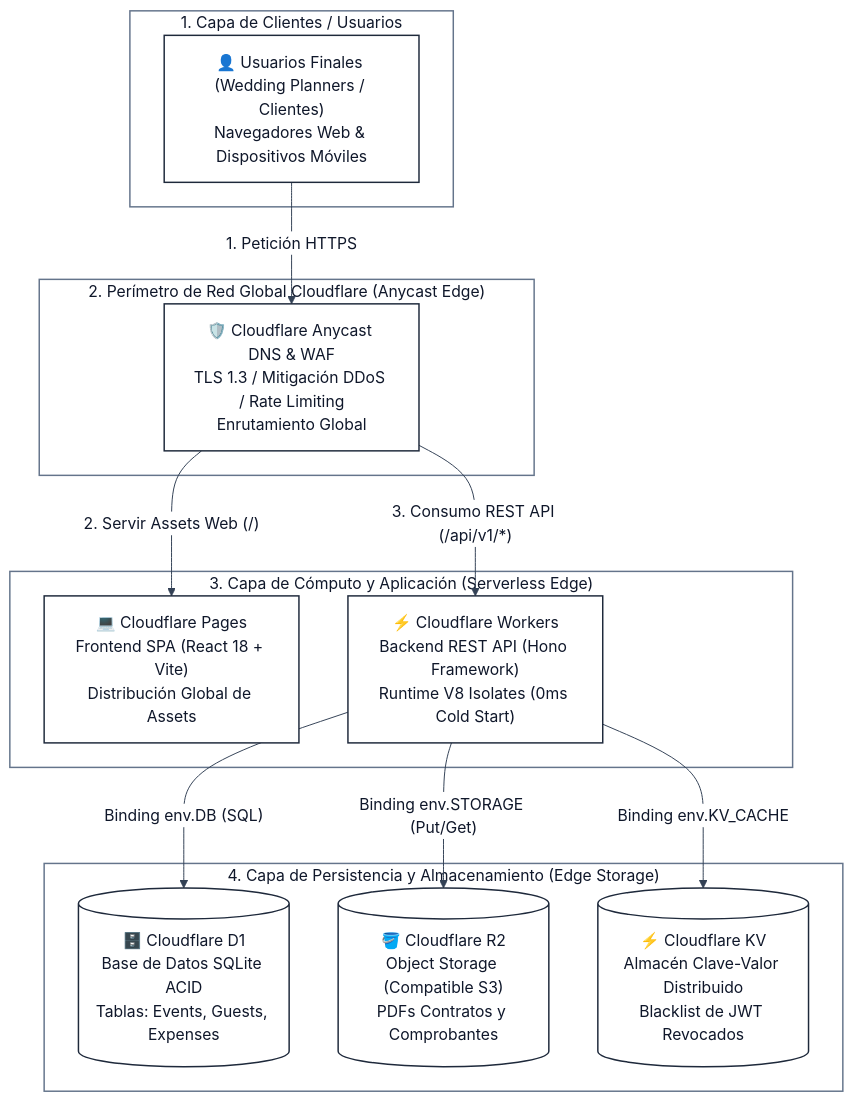
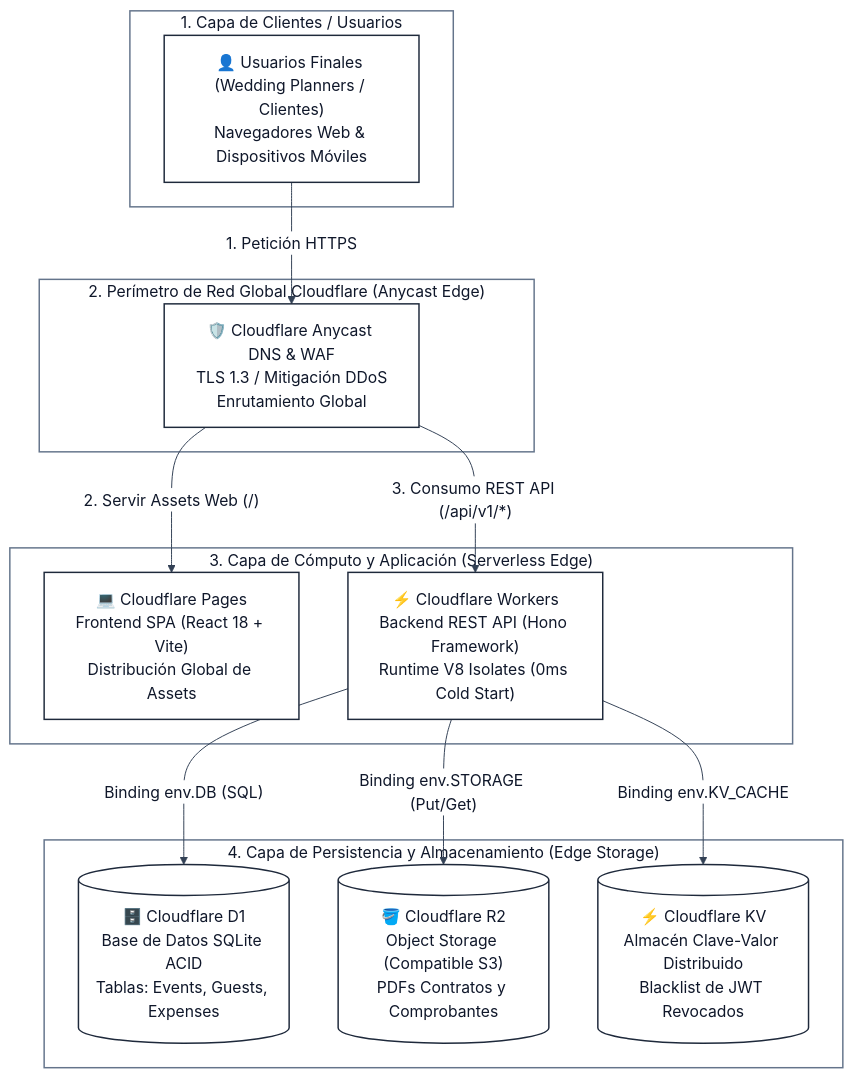
One commit to Federico2003/GestionEventos changed the first of 2 diagrams in docs/infrastructure.md. Above: the diagram before and after it, drawn with Mermaid. The commit also changed other lines of this file and 11 other files, not shown here.

````diff
--- a/docs/infrastructure.md
+++ b/docs/infrastructure.md
@@ -11,70 +11,70 @@
 ```mermaid
 %%{init: {
   'theme': 'base',
   'themeVariables': {
     'primaryColor': '#ffffff',
     'primaryBorderColor': '#1e293b',
     'primaryTextColor': '#0f172a',
     'lineColor': '#334155',
     'secondaryColor': '#ffffff',
     'tertiaryColor': '#ffffff',
     'mainBkg': '#ffffff',
     'nodeBorder': '#1e293b',
     'nodeTextColor': '#0f172a',
     'clusterBkg': '#ffffff',
     'clusterBorder': '#64748b',
     'clusterTextColor': '#0f172a',
     'titleColor': '#0f172a',
     'edgeLabelBackground': '#ffffff'
   }
 }}%%
 flowchart TD
     %% ========================================================
     %% CAPA 1: CLIENTES Y USUARIOS
     %% ========================================================
     subgraph Tier1["1. Capa de Clientes / Usuarios"]
         Users["👤 Usuarios Finales (Wedding Planners / Clientes)\nNavegadores Web & Dispositivos Móviles"]
     end
 
     %% ========================================================
     %% CAPA 2: PERÍMETRO Y SEGURIDAD CLOUDFLARE
     %% ========================================================
     subgraph Tier2["2. Perímetro de Red Global Cloudflare (Anycast Edge)"]
-        WAF["🛡️ Cloudflare Anycast DNS & WAF\nTLS 1.3 / Mitigación DDoS / Rate Limiting\nEnrutamiento Global"]
+        WAF["🛡️ Cloudflare Anycast DNS & WAF\nTLS 1.3 / Mitigación DDoS\nEnrutamiento Global"]
     end
 
     %% ========================================================
     %% CAPA 3: CÓMPUTO SERVERLESS
     %% ========================================================
     subgraph Tier3["3. Capa de Cómputo y Aplicación (Serverless Edge)"]
         Pages["💻 Cloudflare Pages\nFrontend SPA (React 18 + Vite)\nDistribución Global de Assets"]
         Workers["⚡ Cloudflare Workers\nBackend REST API (Hono Framework)\nRuntime V8 Isolates (0ms Cold Start)"]
     end
 
     %% ========================================================
     %% CAPA 4: PERSISTENCIA EN EL BORDE
     %% ========================================================
     subgraph Tier4["4. Capa de Persistencia y Almacenamiento (Edge Storage)"]
         D1[("🗄️ Cloudflare D1\nBase de Datos SQLite ACID\nTablas: Events, Guests, Expenses")]
         R2[("🪣 Cloudflare R2\nObject Storage (Compatible S3)\nPDFs Contratos y Comprobantes")]
         KV[("⚡ Cloudflare KV\nAlmacén Clave-Valor Distribuido\nBlacklist de JWT Revocados")]
     end
 
     %% Flujos de Red y Bindings Nativos Descendentes (Sintaxis Simétrica Sin Cruces)
     Users -->|"1. Petición HTTPS"| WAF
     WAF -->|"2. Servir Assets Web (/)"| Pages
     WAF -->|"3. Consumo REST API (/api/v1/*)"| Workers
     
     Workers -->|"Binding env.DB (SQL)"| D1
     Workers -->|"Binding env.STORAGE (Put/Get)"| R2
     Workers -->|"Binding env.KV_CACHE"| KV
 
     %% Estilos de Nodos en Color Blanco Puro
     classDef whiteNode fill:#ffffff,stroke:#1e293b,stroke-width:1.5px,color:#0f172a;
     class Users,WAF,Pages,Workers,D1,R2,KV whiteNode;
 
     style Tier1 fill:#ffffff,stroke:#64748b,stroke-width:1.5px,color:#0f172a
     style Tier2 fill:#ffffff,stroke:#64748b,stroke-width:1.5px,color:#0f172a
     style Tier3 fill:#ffffff,stroke:#64748b,stroke-width:1.5px,color:#0f172a
     style Tier4 fill:#ffffff,stroke:#64748b,stroke-width:1.5px,color:#0f172a
 ```
````
